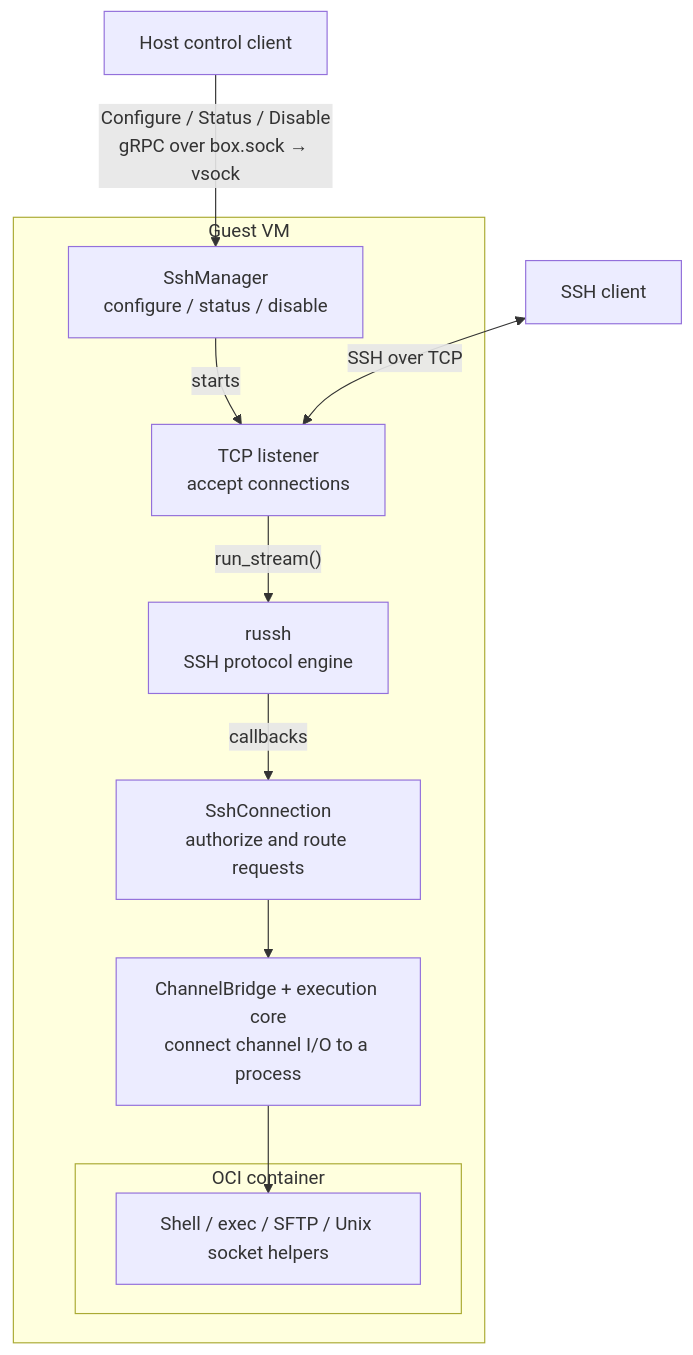
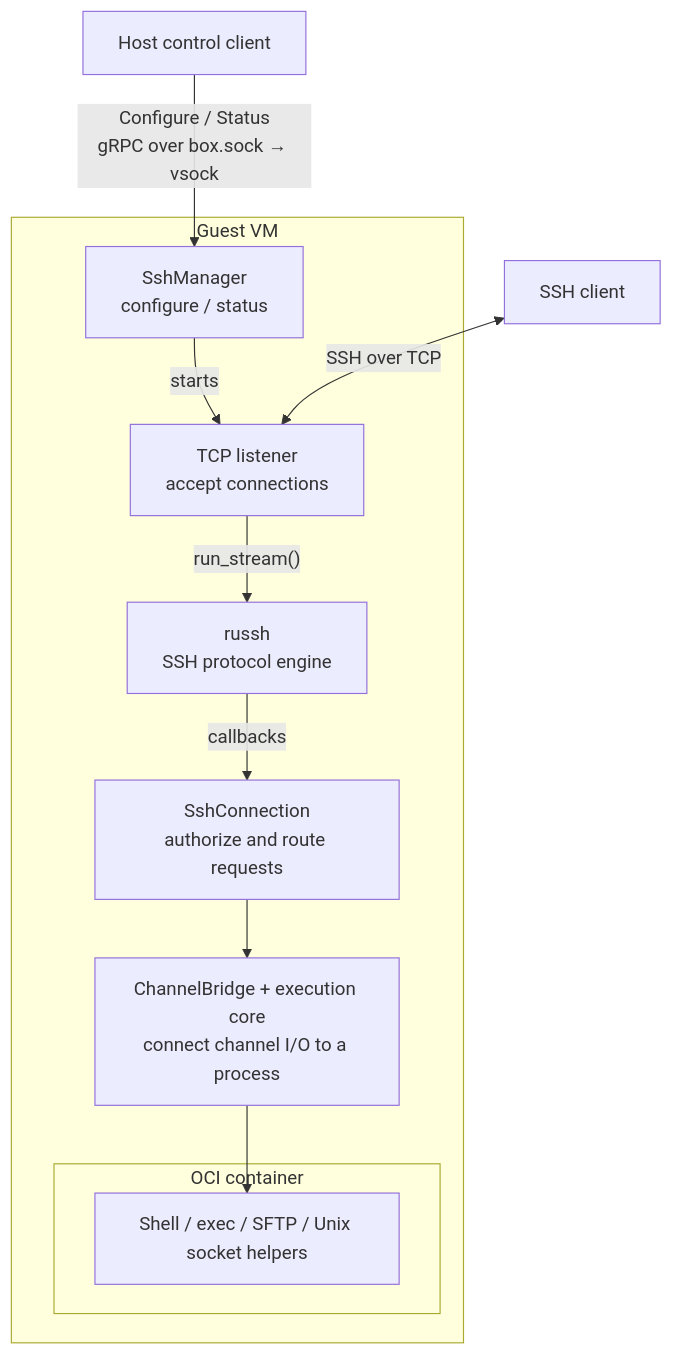
The first of 4 diagrams in src/guest/src/service/ssh/README.md (boxlite-ai/boxlite), drawn with Mermaid before and after one commit. The commit also changed other lines of this file and 26 other files, not shown here.

````diff
--- a/src/guest/src/service/ssh/README.md
+++ b/src/guest/src/service/ssh/README.md
@@ -12,21 +12,21 @@
 ```mermaid
 flowchart TB
     CONTROL["Host control client"]
     CLIENT["SSH client"]
     subgraph GUEST["Guest VM"]
-        MANAGER["SshManager<br/>configure / status / disable"]
+        MANAGER["SshManager<br/>configure / status"]
         LISTENER["TCP listener<br/>accept connections"]
         RUSSH["russh<br/>SSH protocol engine"]
         HANDLER["SshConnection<br/>authorize and route requests"]
         BRIDGE["ChannelBridge + execution core<br/>connect channel I/O to a process"]
         subgraph OCI["OCI container"]
             WORK["Shell / exec / SFTP / Unix socket helpers"]
         end
         MANAGER -->|"starts"| LISTENER
         LISTENER -->|"run_stream()"| RUSSH
         RUSSH -->|"callbacks"| HANDLER
         HANDLER --> BRIDGE --> WORK
     end
-    CONTROL -->|"Configure / Status / Disable<br/>gRPC over box.sock → vsock"| MANAGER
+    CONTROL -->|"Configure / Status<br/>gRPC over box.sock → vsock"| MANAGER
     CLIENT <-->|"SSH over TCP"| LISTENER
 ```
````
